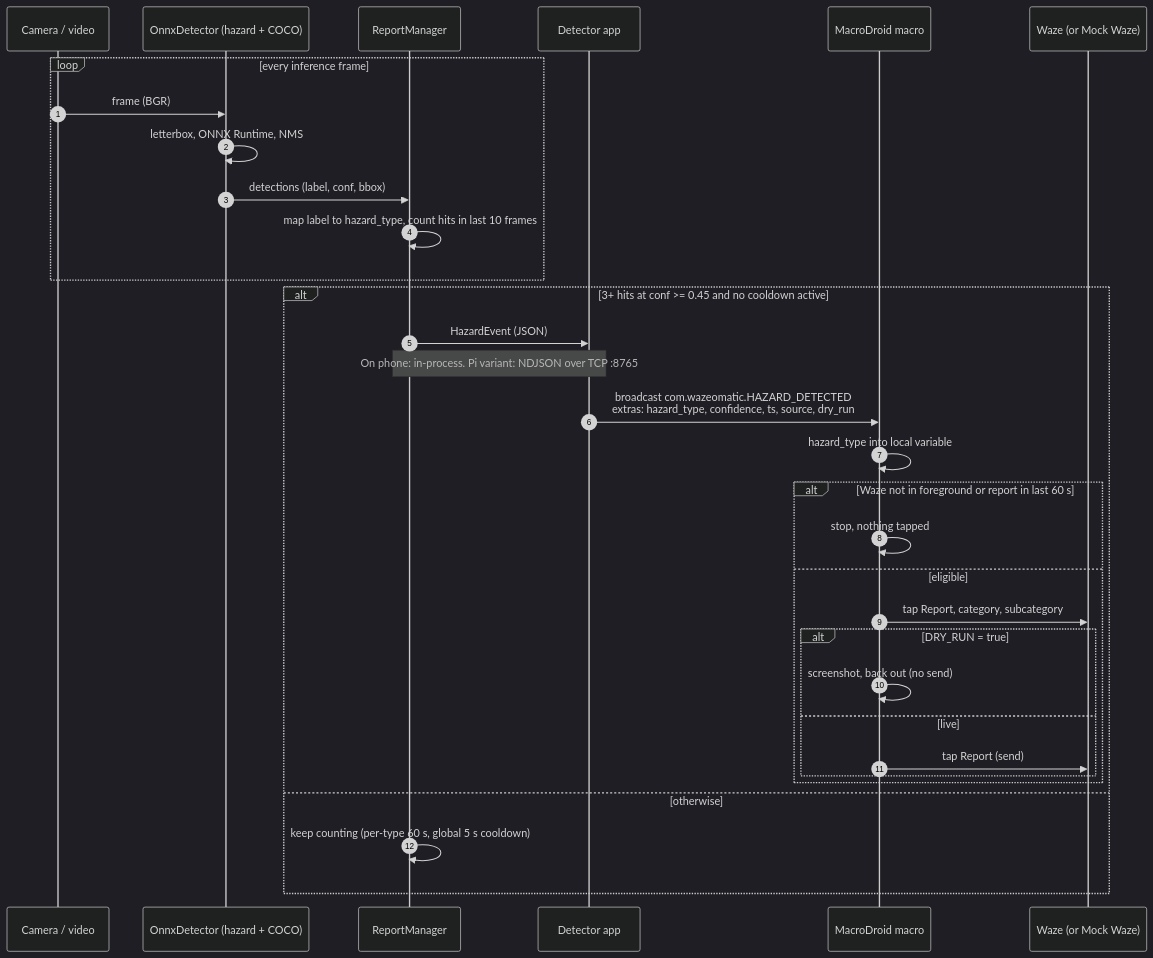
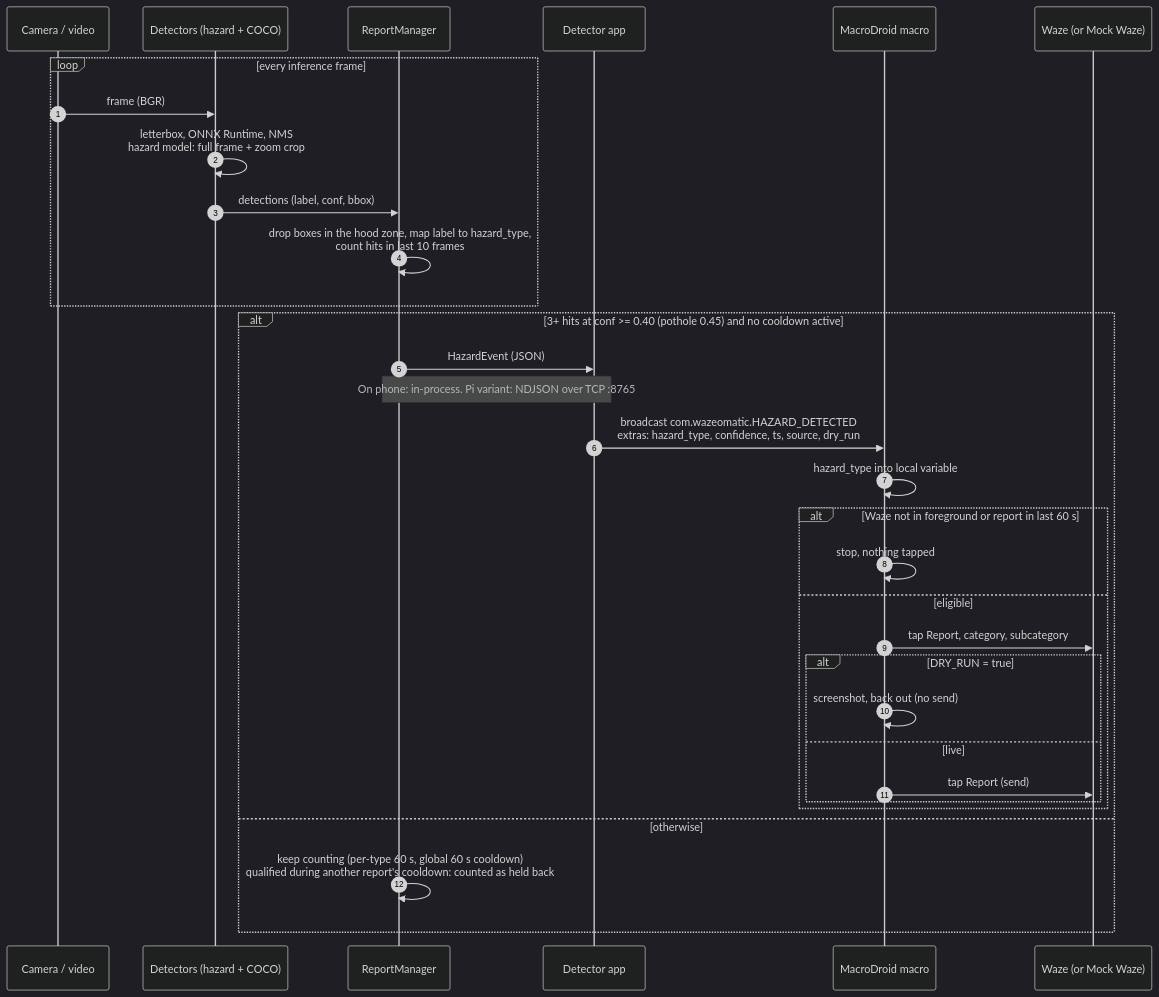
One commit to blakepennel/wazeomatic changed the diagram in docs/diagrams/02_sequence.mmd. Above: the diagram before and after it, drawn with Mermaid (dark theme). The commit also changed 22 other files, not shown here.

```diff
--- a/docs/diagrams/02_sequence.mmd
+++ b/docs/diagrams/02_sequence.mmd
@@ -1,34 +1,34 @@
 sequenceDiagram
     autonumber
     participant Src as Camera / video
-    participant Det as OnnxDetector (hazard + COCO)
+    participant Det as Detectors (hazard + COCO)
     participant RM as ReportManager
     participant App as Detector app
     participant MD as MacroDroid macro
     participant Waze as Waze (or Mock Waze)
 
     loop every inference frame
         Src->>Det: frame (BGR)
-        Det->>Det: letterbox, ONNX Runtime, NMS
+        Det->>Det: letterbox, ONNX Runtime, NMS<br/>hazard model: full frame + zoom crop
         Det->>RM: detections (label, conf, bbox)
-        RM->>RM: map label to hazard_type, count hits in last 10 frames
+        RM->>RM: drop boxes in the hood zone, map label to hazard_type,<br/>count hits in last 10 frames
     end
 
-    alt 3+ hits at conf >= 0.45 and no cooldown active
+    alt 3+ hits at conf >= 0.40 (pothole 0.45) and no cooldown active
         RM->>App: HazardEvent (JSON)
         Note over RM,App: On phone: in-process. Pi variant: NDJSON over TCP :8765
         App->>MD: broadcast com.wazeomatic.HAZARD_DETECTED<br/>extras: hazard_type, confidence, ts, source, dry_run
         MD->>MD: hazard_type into local variable
         alt Waze not in foreground or report in last 60 s
             MD->>MD: stop, nothing tapped
         else eligible
             MD->>Waze: tap Report, category, subcategory
             alt DRY_RUN = true
                 MD->>MD: screenshot, back out (no send)
             else live
                 MD->>Waze: tap Report (send)
             end
         end
     else otherwise
-        RM->>RM: keep counting (per-type 60 s, global 5 s cooldown)
+        RM->>RM: keep counting (per-type 60 s, global 60 s cooldown)<br/>qualified during another report's cooldown: counted as held back
     end
```
